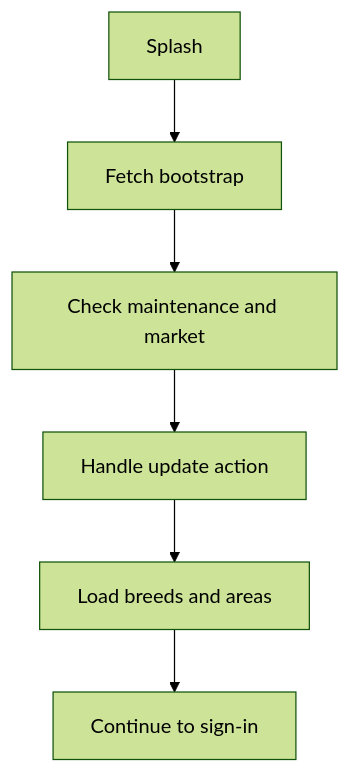
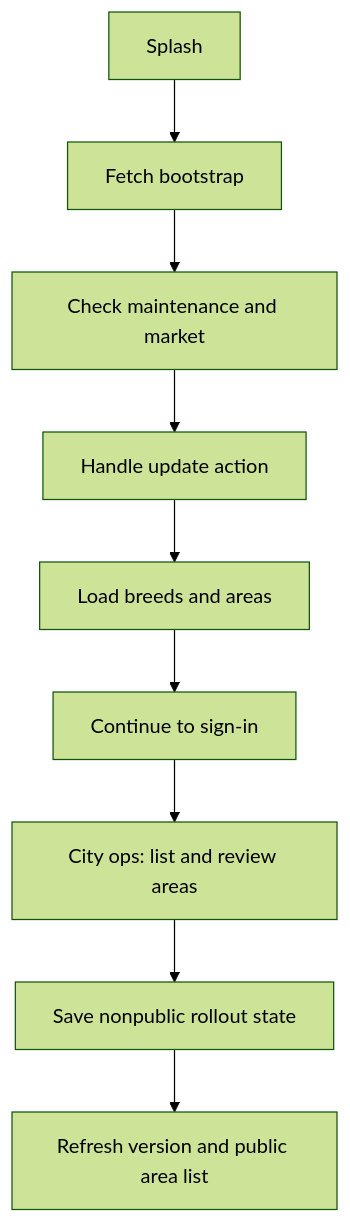
The diagram in docs/handovers/M01.md (thams-geth/dogdating-api), drawn with Mermaid (forest theme) before and after one commit. The commit also changed other lines of this file and 15 other files, not shown here.

Commit message:
feat(m01): add audited nonpublic area rollout controls

````diff
--- a/docs/handovers/M01.md
+++ b/docs/handovers/M01.md
@@ -15,14 +15,20 @@
 ```mermaid
 flowchart TD
   S0["Splash"]
   S1["Fetch bootstrap"]
   S2["Check maintenance and market"]
   S3["Handle update action"]
   S4["Load breeds and areas"]
   S5["Continue to sign-in"]
+  S6["City ops: list and review areas"]
+  S7["Save nonpublic rollout state"]
+  S8["Refresh version and public area list"]
   S0 --> S1
   S1 --> S2
   S2 --> S3
   S3 --> S4
   S4 --> S5
+  S5 --> S6
+  S6 --> S7
+  S7 --> S8
 ```
````
